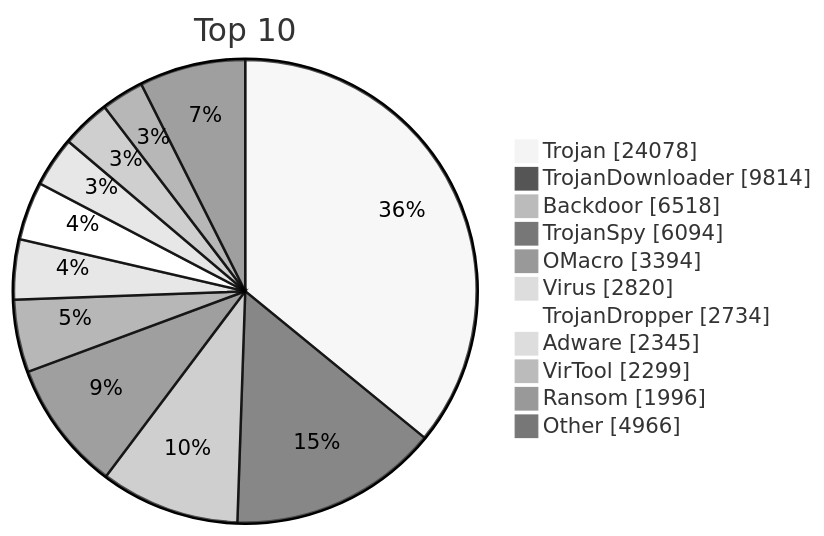
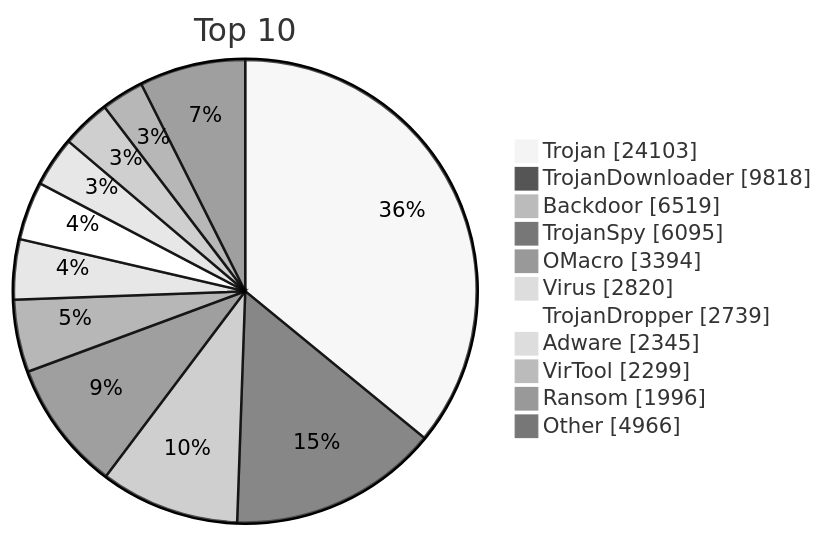
One commit to JerryLinLinLin/huorong-virdb-changelog changed the diagram in README.md. Above: the diagram before and after it, drawn with Mermaid (neutral theme). The commit also changed other lines of this file and 14 other files, not shown here.

````diff
--- a/README.md
+++ b/README.md
@@ -19,15 +19,15 @@
 ```mermaid
 pie showData
     title Top 10
-    "Trojan" : 24078
-    "TrojanDownloader" : 9814
-    "Backdoor" : 6518
-    "TrojanSpy" : 6094
+    "Trojan" : 24103
+    "TrojanDownloader" : 9818
+    "Backdoor" : 6519
+    "TrojanSpy" : 6095
     "OMacro" : 3394
     "Virus" : 2820
-    "TrojanDropper" : 2734
+    "TrojanDropper" : 2739
     "Adware" : 2345
     "VirTool" : 2299
     "Ransom" : 1996
     "Other" : 4966
 ```
````
